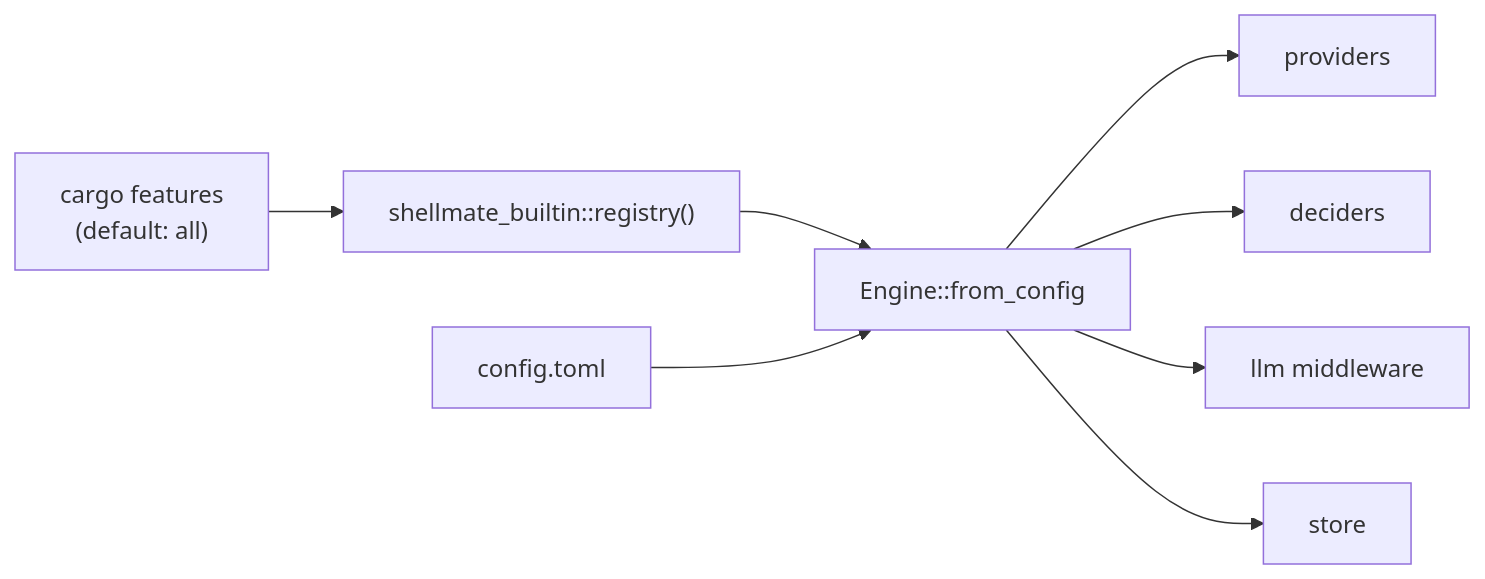
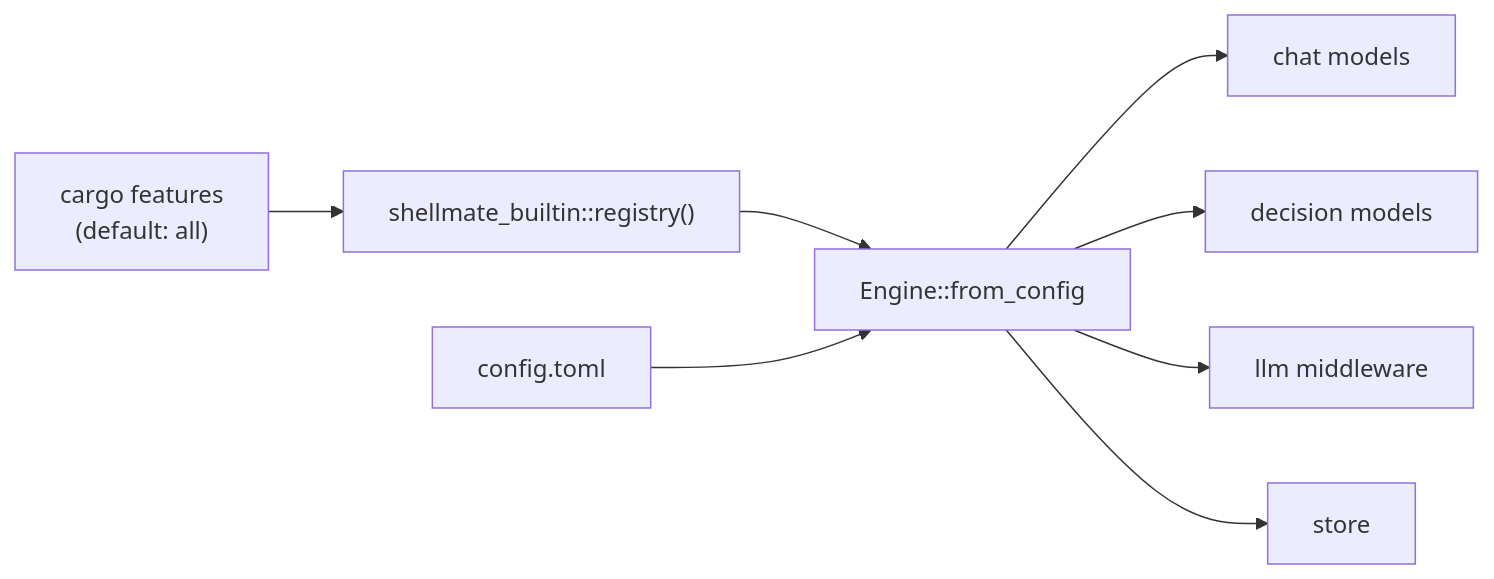
Before and after one commit to paulomenin/shellmate: the diagram in website/src/content/docs/docs/concepts/plugins.md, drawn with Mermaid. The commit also changed other lines of this file and 16 other files, not shown here.

First line of the commit message:
docs: describe providers as connections and models as what you use from them

````diff
--- a/website/src/content/docs/docs/concepts/plugins.md
+++ b/website/src/content/docs/docs/concepts/plugins.md
@@ -24,10 +24,10 @@
 ```mermaid
 flowchart LR
     feat["cargo features<br/>(default: all)"] --> reg["shellmate_builtin::registry()"]
     reg --> engine["Engine::from_config"]
     cfg["config.toml"] --> engine
-    engine --> p["providers"]
-    engine --> d["deciders"]
+    engine --> p["chat models"]
+    engine --> d["decision models"]
     engine --> m["llm middleware"]
     engine --> s["store"]
 ```
````
